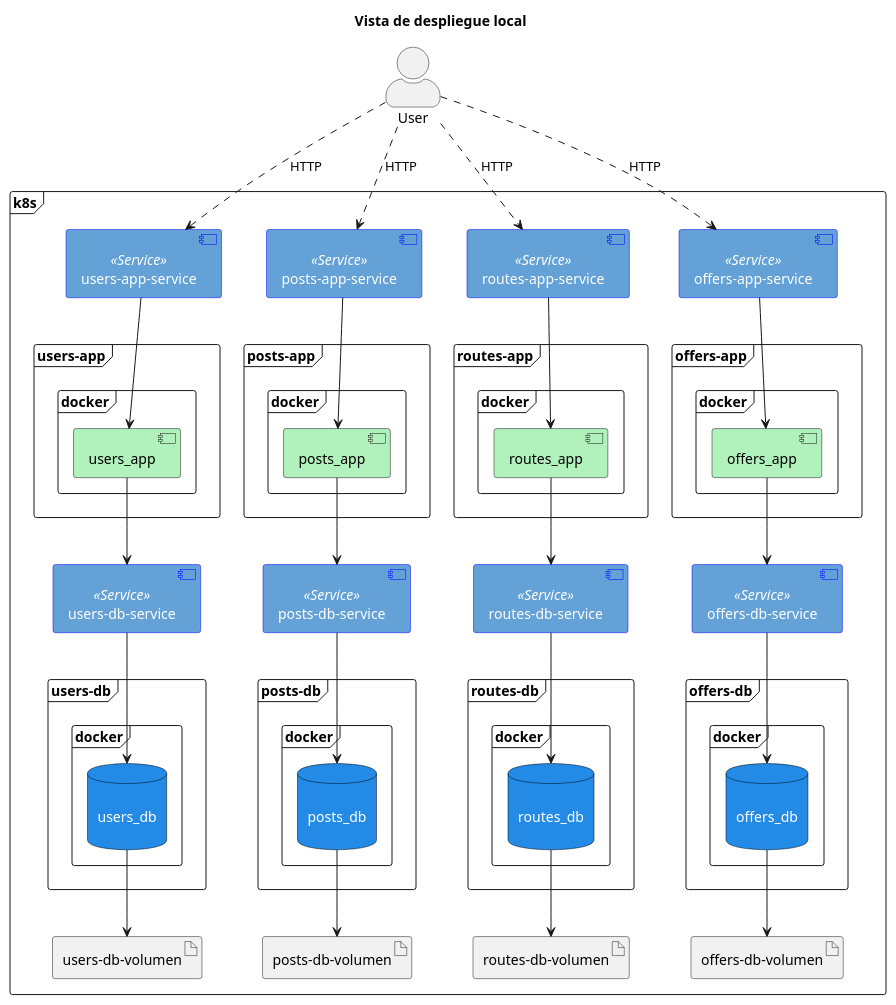
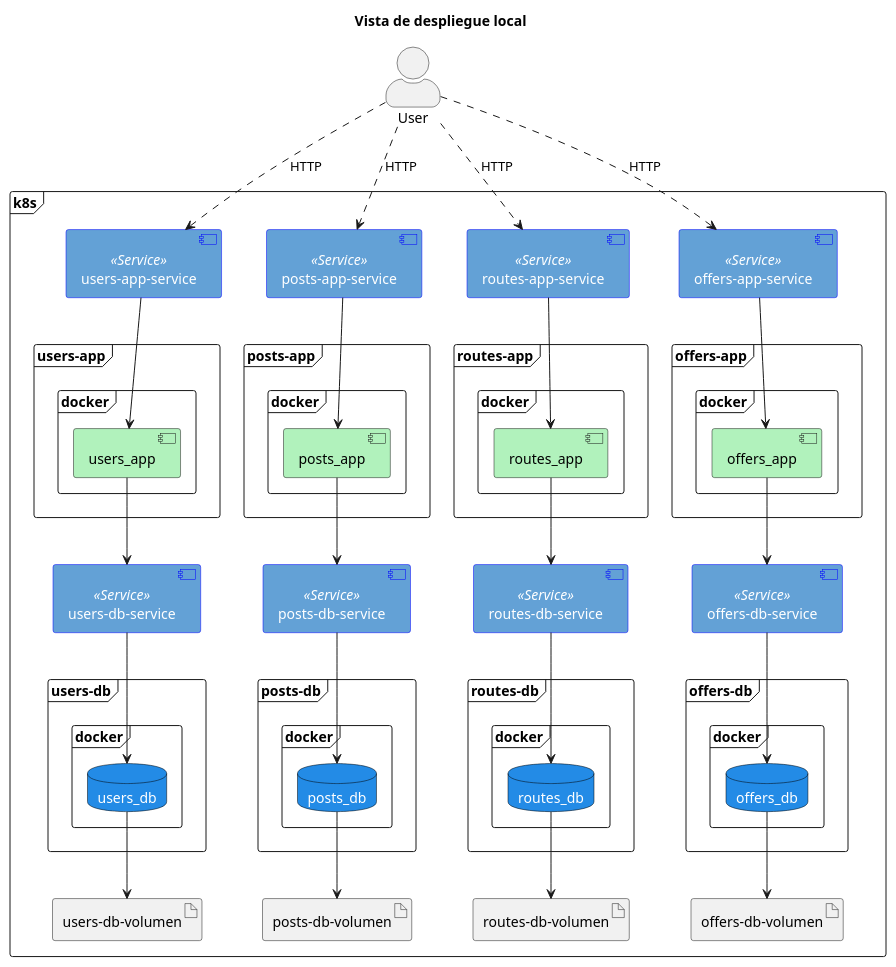
Before and after one commit to ddi4z/Cloud-native-application-development-Course: the diagram in docs/diagrams/deployment.puml, drawn with PlantUML.

Commit message:
Fix error in databases

```diff
--- a/docs/diagrams/deployment.puml
+++ b/docs/diagrams/deployment.puml
@@ -1,122 +1,122 @@
 @startuml deployment
 
 skinparam actorStyle awesome
 
 skinparam database {
   BackgroundColor #238be6
   BorderColor black
   FontColor white
 }
 
 skinparam component<<Service>> {
   BackgroundColor #63a1d6
   BorderColor blue
   FontColor white
 }
 
 skinparam component {
   BackgroundColor #b1f2bc
 }
 
 title "Vista de despliegue local"
 
 actor User
 
 frame "k8s" as "KubernetesCluster" {
   ' Users app
   component "users-app-service" as users_app_service <<Service>>
 
   frame "users-app" as users-app {
     frame "docker" {
       component "users_app" as users_app
     }
   }
 
   component "users-db-service" as users_db_service <<Service>>
   frame "users-db" as PodDbUsers {
     frame "docker" as DockerDbUsers {
-      database "\nusers_db\n" as users_db
+      database "users_db" as users_db
     }
   }
   artifact "users-db-volumen" as users_db_volumen
 
   users_app_service --> users_app
   users_app --> users_db_service
   users_db_service --> users_db
   users_db --> users_db_volumen
 
   ' Posts app
   component "posts-app-service" as posts_app_service <<Service>>
 
   frame "posts-app" as posts-app {
     frame "docker" as DockerPosts {
       component "posts_app" as posts_app
     }
   }
 
   component "posts-db-service" as posts_db_service <<Service>>
-  
+
   frame "posts-db" as PodDbPosts {
     frame "docker" as DockerDbPosts {
-      database "\nposts_db\n" as posts_db
+      database "posts_db" as posts_db
     }
   }
   artifact "posts-db-volumen" as posts_db_volumen
 
   posts_app_service --> posts_app
   posts_app --> posts_db_service
   posts_db_service --> posts_db
   posts_db --> posts_db_volumen
 
   ' Routes app
   component "routes-app-service" as routes_app_service <<Service>>
 
   frame "routes-app" as routes-app {
     frame "docker" as DockerRoutes {
       component "routes_app" as routes_app
     }
   }
 
   component "routes-db-service" as routes_db_service <<Service>>
 
   frame "routes-db" as PodDbRoutes {
     frame "docker" as DockerDbRoutes {
-      database "\nroutes_db\n" as routes_db
+      database "routes_db" as routes_db
     }
   }
   artifact "routes-db-volumen" as routes_db_volumen
   
   routes_app_service --> routes_app
   routes_app --> routes_db_service
   routes_db_service --> routes_db
   routes_db --> routes_db_volumen
 
   ' Offers app
   component "offers-app-service" as offers_app_service <<Service>>
 
   frame "offers-app" as offers-app {
     frame "docker" as DockerOffers {
       component "offers_app" as offers_app
     }
   }
   component "offers-db-service" as offers_db_service <<Service>>
 
   frame "offers-db" as PodDbOffers {
     frame "docker" as DockerDbOffers {
-      database "\noffers_db\n" as offers_db
+      database "offers_db" as offers_db
     }
   }
   artifact "offers-db-volumen" as offers_db_volumen 
 
   offers_app_service --> offers_app
   offers_app --> offers_db_service
   offers_db_service --> offers_db
   offers_db --> offers_db_volumen
 }
 
 User ..> users_app_service: HTTP
 User ..> posts_app_service: HTTP
 User ..> offers_app_service: HTTP
 User ..> routes_app_service: HTTP
 
 @enduml
```
